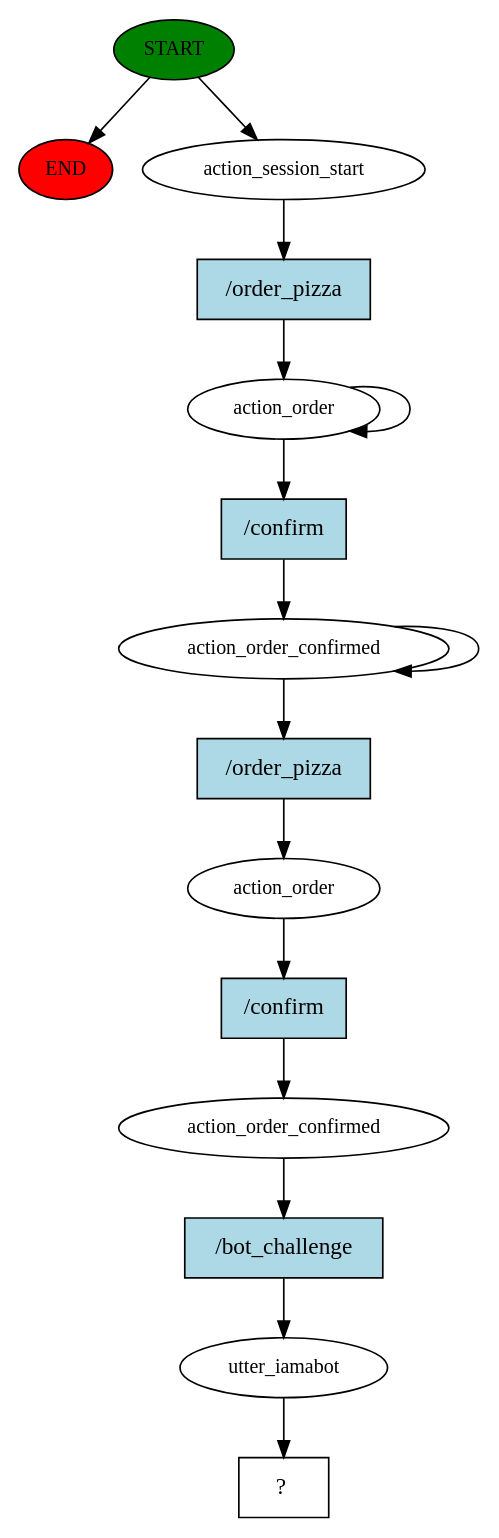
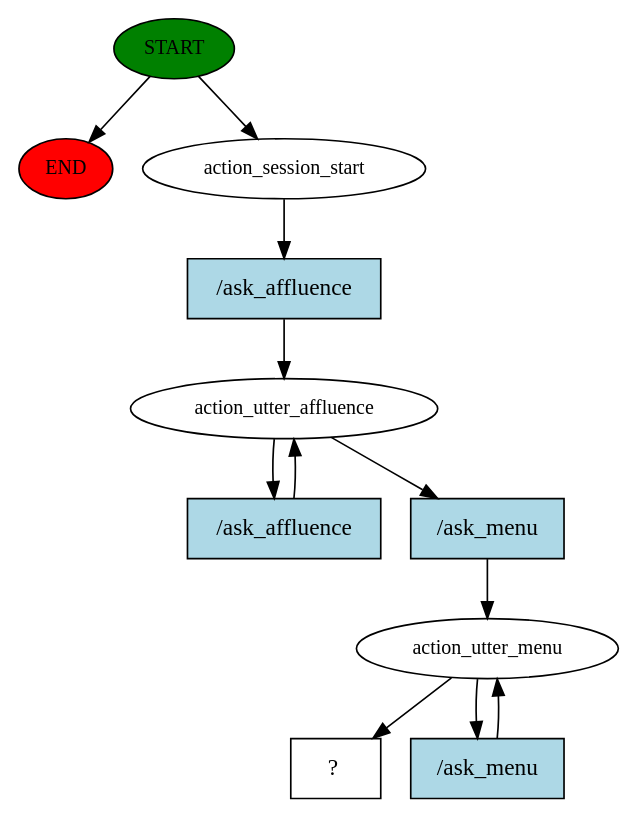
One commit to francesco-vaccari/HMD-Project changed the diagram in rasa project/story_graph.dot. Above: the diagram before and after it, drawn with Graphviz. The commit also changed 100 other files, not shown here.

Commit message:
Now handle requests about opening hours, menu, address, affluence (requesting specific day). Also can answer about intolerances and checks if the order contains conflicts with intolerance asked.

```diff
--- a/rasa project/story_graph.dot
+++ b/rasa project/story_graph.dot
@@ -1,31 +1,23 @@
 digraph  {
 0 [class="start active", fillcolor=green, fontsize=12, label=START, style=filled];
 "-1" [class=end, fillcolor=red, fontsize=12, label=END, style=filled];
 1 [class=active, fontsize=12, label=action_session_start];
-2 [class=active, fontsize=12, label=action_order];
-4 [class=active, fontsize=12, label=action_order_confirmed];
-6 [class=active, fontsize=12, label=action_order];
-7 [class=active, fontsize=12, label=action_order_confirmed];
-8 [class=active, fontsize=12, label=utter_iamabot];
+2 [class=active, fontsize=12, label=action_utter_affluence];
+5 [class=active, fontsize=12, label=action_utter_menu];
 9 [class="intent dashed active", label="  ?  ", shape=rect];
-10 [class="intent active", fillcolor=lightblue, label="/order_pizza", shape=rect, style=filled];
-11 [class="intent active", fillcolor=lightblue, label="/confirm", shape=rect, style=filled];
-12 [class="intent active", fillcolor=lightblue, label="/order_pizza", shape=rect, style=filled];
-13 [class="intent active", fillcolor=lightblue, label="/confirm", shape=rect, style=filled];
-14 [class="intent active", fillcolor=lightblue, label="/bot_challenge", shape=rect, style=filled];
+10 [class="intent active", fillcolor=lightblue, label="/ask_affluence", shape=rect, style=filled];
+11 [class="intent active", fillcolor=lightblue, label="/ask_affluence", shape=rect, style=filled];
+12 [class="intent active", fillcolor=lightblue, label="/ask_menu", shape=rect, style=filled];
+13 [class="intent active", fillcolor=lightblue, label="/ask_menu", shape=rect, style=filled];
 0 -> "-1"  [class="", key=NONE, label=""];
 0 -> 1  [class=active, key=NONE, label=""];
 1 -> 10  [class=active, key=0];
-2 -> 2  [class=active, key=NONE, label=""];
 2 -> 11  [class=active, key=0];
-4 -> 4  [class=active, key=NONE, label=""];
-4 -> 12  [class=active, key=0];
-6 -> 13  [class=active, key=0];
-7 -> 14  [class=active, key=0];
-8 -> 9  [class=active, key=NONE, label=""];
+2 -> 12  [class=active, key=0];
+5 -> 9  [class=active, key=NONE, label=""];
+5 -> 13  [class=active, key=0];
 10 -> 2  [class=active, key=0];
-11 -> 4  [class=active, key=0];
-12 -> 6  [class=active, key=0];
-13 -> 7  [class=active, key=0];
-14 -> 8  [class=active, key=0];
+11 -> 2  [class=active, key=0];
+12 -> 5  [class=active, key=0];
+13 -> 5  [class=active, key=0];
 }
```
